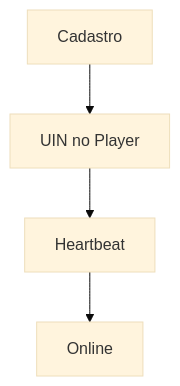
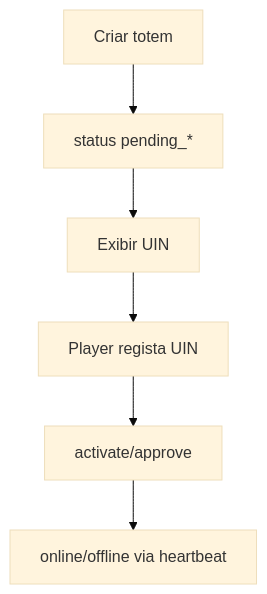
Before and after one commit to Julio-Eyras/TotemDigital-Studio-A.i: the first of 2 diagrams in docs/modulos/totems/MODULO.md, drawn with Mermaid (base theme). The commit also changed other lines of this file and 47 other files, not shown here.

````diff
--- a/docs/modulos/totems/MODULO.md
+++ b/docs/modulos/totems/MODULO.md
@@ -76,4 +143,8 @@
 ```mermaid
 flowchart TD
-  Cadastro --> Ativacao[UIN no Player] --> Heartbeat --> Online
+  A[Criar totem] --> B[status pending_*]
+  B --> C[Exibir UIN]
+  C --> D[Player regista UIN]
+  D --> E[activate/approve]
+  E --> F[online/offline via heartbeat]
 ```
````
